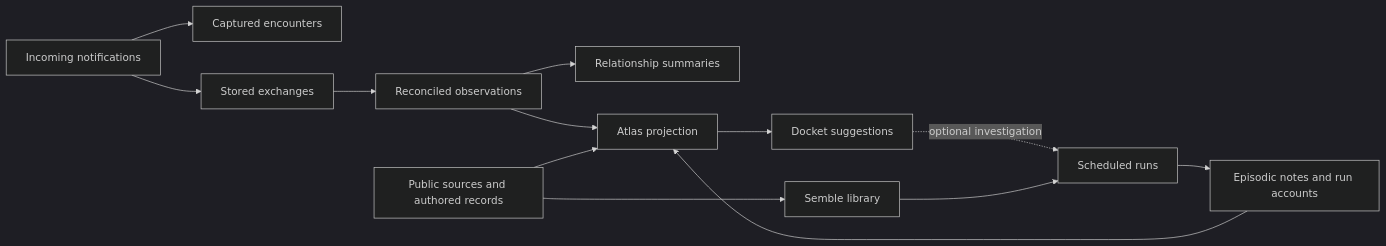
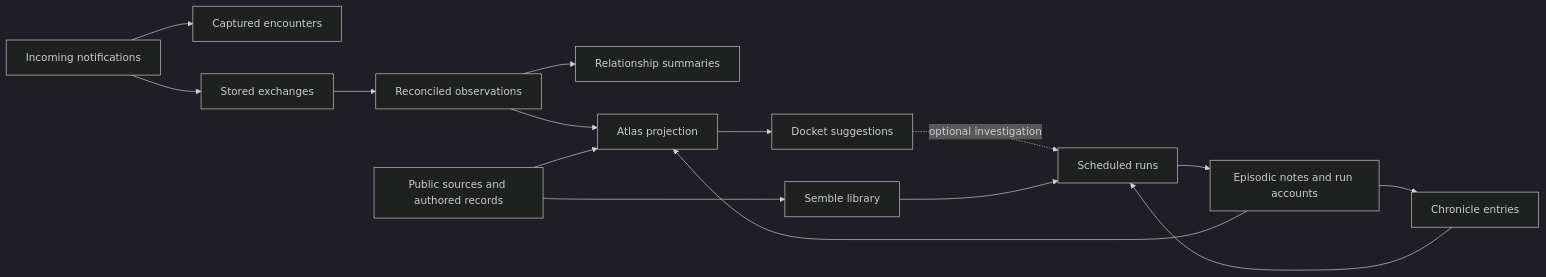
The diagram in docs/memory.md (zzstoatzz/bot), drawn with Mermaid (dark theme) before and after one commit. The commit also changed other lines of this file and 3 other files, not shown here.

````diff
--- a/docs/memory.md
+++ b/docs/memory.md
@@ -47,15 +48,17 @@
 ```mermaid
 flowchart LR
     incoming[Incoming notifications] --> encounters[Captured encounters]
     incoming --> exchanges[Stored exchanges]
     exchanges --> observations[Reconciled observations]
     observations --> summaries[Relationship summaries]
     runs[Scheduled runs] --> episodic[Episodic notes and run accounts]
+    episodic --> chronicle[Chronicle entries]
+    chronicle --> runs
     authored[Public sources and authored records] --> library[Semble library]
     observations --> atlas[Atlas projection]
     episodic --> atlas
     authored --> atlas
     atlas --> docket[Docket suggestions]
     docket -. optional investigation .-> runs
     library --> runs
 ```
````
